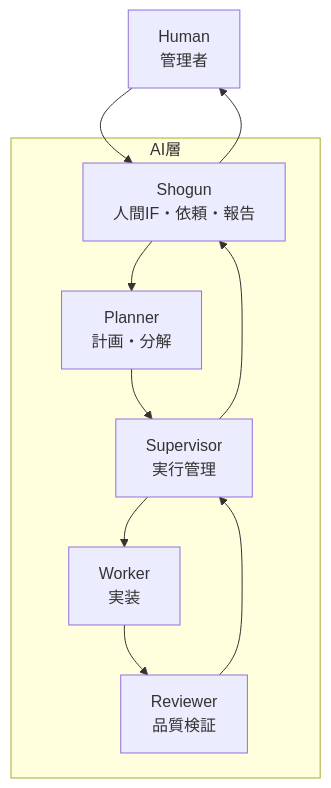
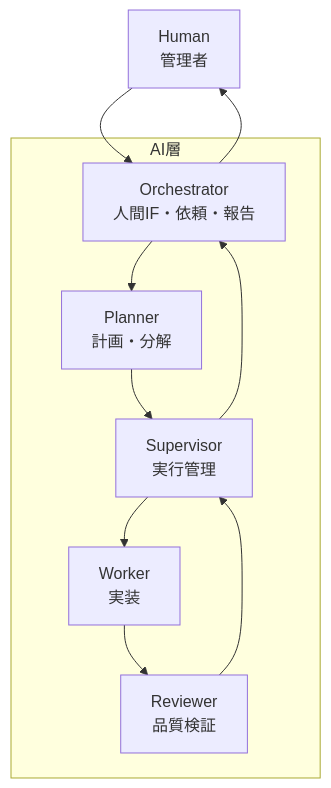
The first of 2 diagrams in docs/10-decisions/007-five-layer-architecture.md (krtw00/agentmine), drawn with Mermaid before and after one commit. The commit also changed other lines of this file and 7 other files, not shown here.

````diff
--- a/docs/10-decisions/007-five-layer-architecture.md
+++ b/docs/10-decisions/007-five-layer-architecture.md
@@ -35,21 +35,21 @@
 ```mermaid
 flowchart TB
     Human[Human<br/>管理者]
 
     subgraph AI層
-        Shogun[Shogun<br/>人間IF・依頼・報告]
+        Orchestrator[Orchestrator<br/>人間IF・依頼・報告]
         Planner[Planner<br/>計画・分解]
         Supervisor[Supervisor<br/>実行管理]
         Worker[Worker<br/>実装]
         Reviewer[Reviewer<br/>品質検証]
     end
 
-    Human --> Shogun
-    Shogun --> Planner
+    Human --> Orchestrator
+    Orchestrator --> Planner
     Planner --> Supervisor
     Supervisor --> Worker
     Worker --> Reviewer
     Reviewer --> Supervisor
-    Supervisor --> Shogun
-    Shogun --> Human
+    Supervisor --> Orchestrator
+    Orchestrator --> Human
 ```
````
